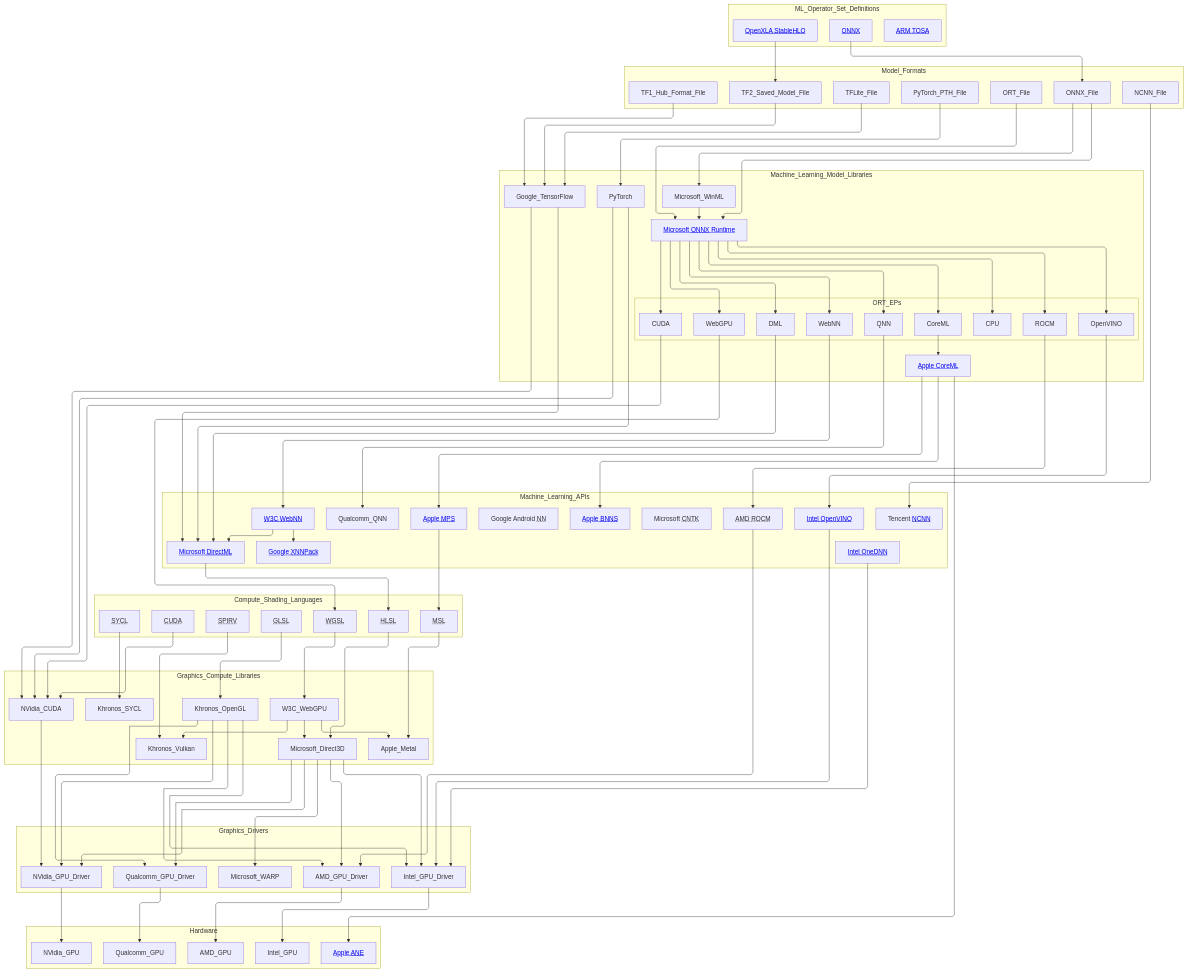
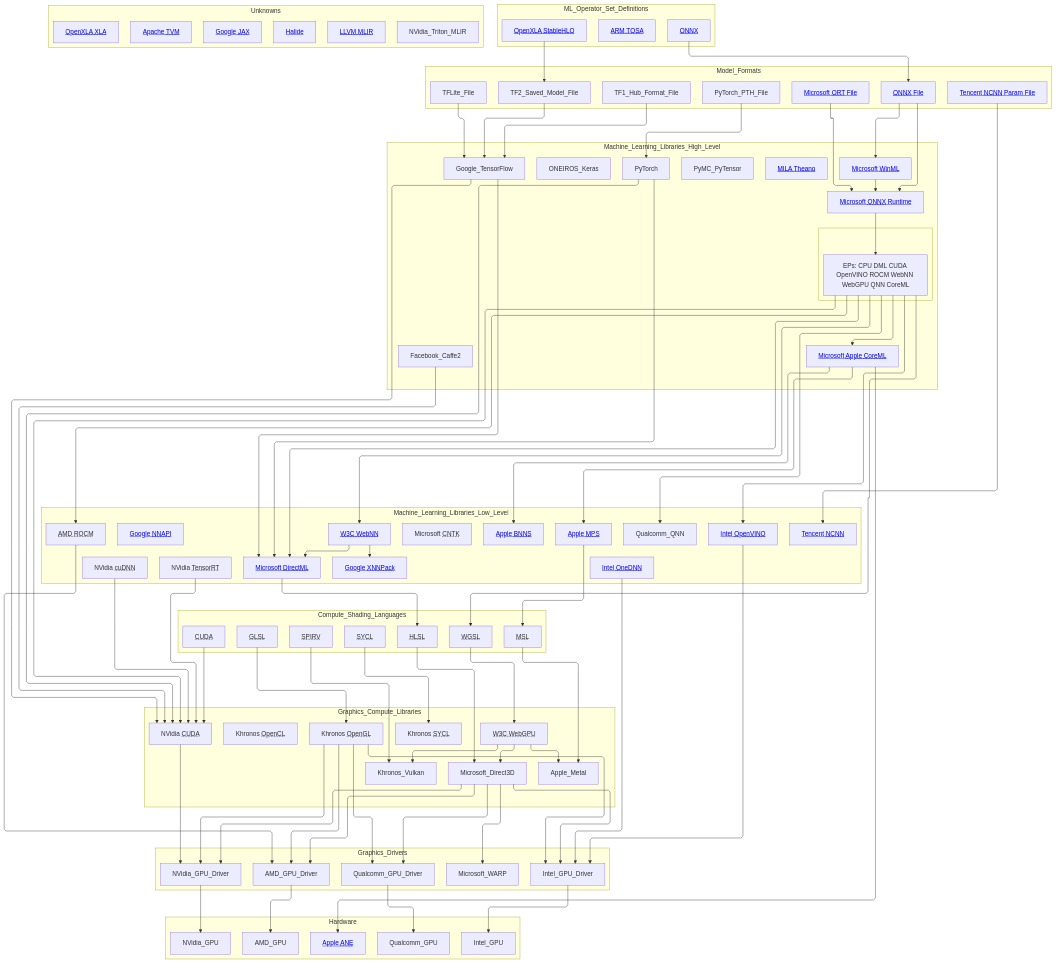
Before and after one commit to fdwr/MachineLearningOperators: the diagram in MachineLearningEcosystem.md, drawn with Mermaid. The commit also changed other lines of this file, not shown here.

Commit message:
Add more acronyms

```diff
--- a/MachineLearningEcosystem.md
+++ b/MachineLearningEcosystem.md
@@ -5,8 +5,8 @@
 flowchart-elk TB
     subgraph ML_Operator_Set_Definitions
         ONNX[<a href='https://onnx.ai/onnx/operators/index.html'><abbr title='Open Neural Network Exchange'>ONNX</abbr></a>]
-        ARM_TOSA[<a href='https://www.mlplatform.org/tosa/tosa_spec.html'><abbr title='Tensor Operator Set Architecture'>ARM TOSA</abbr></a>]
-        OpenXLA_Stable_HLO[<a href='https://github.com/openxla/stablehlo/blob/main/docs/spec.md'><abbr title='OpenXLA Stable High Level Optimizer'>OpenXLA StableHLO</abbr></a>]
+        ARM_TOSA[<a href='https://www.mlplatform.org/tosa/tosa_spec.html'><abbr title='Advanced RISC Machines Tensor Operator Set Architecture'>ARM TOSA</abbr></a>]
+        OpenXLA_Stable_HLO[<a href='https://github.com/openxla/stablehlo/blob/main/docs/spec.md'><abbr title='Open Accelerated Linear Algebra Stable High Level Optimizer'>OpenXLA StableHLO</abbr></a>]
     end
 
     subgraph Model_Formats
@@ -14,43 +14,41 @@
         TF1_Hub_Format_File
         TFLite_File
         PyTorch_PTH_File
-        ONNX_File
-        ORT_File
-        NCNN_File
+        ONNX_File[<a href='https://onnx.ai/onnx/operators/index.html'><abbr title='Open Neural Network Exchange'>ONNX</abbr> File</a>]
+        ORT_File[<a href='https://onnxruntime.ai/docs/performance/model-optimizations/ort-format-models.html'>Microsoft <abbr title='Open Neural Network Exchange Runtime'>ORT</abbr> File</a>]
+        NCNN_Param_File[<a href='https://github.com/Tencent/ncnn/wiki/param-and-model-file-structure'>Tencent <abbr title='Next/New/Naive/Neon Convolutional Neural Network'>NCNN</abbr> Param File</a>]
     end
 
-    subgraph Machine_Learning_Model_Libraries
-        Microsoft_WinML
+    subgraph Machine_Learning_Libraries_High_Level
+        Microsoft_WinML[<a href='https://learn.microsoft.com/en-us/windows/ai/windows-ml/'>Microsoft <abbr title='Windows Machine Learning'>WinML</abbr></a>]
         Microsoft_ONNX_Runtime[<a href='https://github.com/microsoft/onnxruntime'>Microsoft <abbr title='Open Neural Network Exchange'>ONNX</abbr> Runtime</a>]
         PyTorch
         Google_TensorFlow
-        Apple_CoreML[<a href='https://developer.apple.com/documentation/coreml'>Apple CoreML</a>]
-        subgraph ORT_EPs
-            ORT_CPU_EP[CPU]
-            ORT_DirectML_EP[DML]
-            ORT_CUDA_EP[CUDA]
-            ORT_OpenVINO_EP[OpenVINO]
-            ORT_ROCM_EP[ROCM]
-            ORT_WebNN_EP[WebNN]
-            ORT_WebGPU_EP[WebGPU]
-            ORT_QNN_EP[QNN]
-            ORT_CoreML_EP[CoreML]
+        Apple_CoreML[<a href='https://developer.apple.com/documentation/coreml'>Microsoft <abbr title='Apple Core Machine Learning'>Apple CoreML</abbr></a>]
+        subgraph ORT_EP_subgraph[ ]
+            ORT_EPs[EPs: CPU DML CUDA OpenVINO ROCM WebNN WebGPU QNN CoreML]
         end
+        ONEIROS_Keras
+        Facebook_Caffe2
+        MILA_Theano[<a href='https://github.com/Theano/Theano'><abbr title='Montreal Institute for Learning Algorithms Theano'>MILA Theano</abbr></a>]
+        PyMC_PyTensor
     end
 
-    subgraph Machine_Learning_APIs
-        Microsoft_DirectML[<a href="https://learn.microsoft.com/en-us/windows/ai/directml/dml-intro">Microsoft <abbr title='Direct Machine Learning'>DirectML</abbr></a>]
-        Intel_OpenVINO[<a href='https://www.intel.com/content/www/us/en/developer/tools/openvino-toolkit/overview.html'><abbr title='Intel Open Visual Inference and Neural Network Optimization'>Intel OpenVINO</abbr></a>]
-        Intel_OneDNN[<a href='https://oneapi-src.github.io/oneDNN/'><abbr title='Intel One Deep Neural Network library'>Intel OneDNN</abbr></a>]
+    subgraph Machine_Learning_Libraries_Low_Level
+        Microsoft_DirectML[<a href='https://learn.microsoft.com/en-us/windows/ai/directml/dml-intro'>Microsoft <abbr title='Direct Machine Learning'>DirectML</abbr></a>]
+        Intel_OpenVINO[<a href='https://www.intel.com/content/www/us/en/developer/tools/openvino-toolkit/overview.html'>Intel <abbr title='Open Visual Inference and Neural Network Optimization'>OpenVINO</abbr></a>]
+        Intel_OneDNN[<a href='https://oneapi-src.github.io/oneDNN/'>Intel <abbr title='One Deep Neural Network library'>OneDNN</abbr></a>]
         AMD_ROCM[<abbr title='Advanced Micro Devices Radeon Open Compute Platform'>AMD ROCM</abbr>]
         Google_XNNPack[<a href='https://github.com/google/XNNPACK/blob/master/include/xnnpack.h'>Google <abbr title='X Neural Network Package'>XNNPack</abbr></a>]
         Apple_MPS[<a href='https://developer.apple.com/documentation/metalperformanceshadersgraph/mpsgraph'>Apple <abbr title='Metal Performance Shaders'>MPS</abbr></a>]
         Apple_BNNS[<a href='https://developer.apple.com/documentation/accelerate/bnns'>Apple <abbr title='Basic Neural Network Subroutines'>BNNS</abbr></a>]
-        Android_NN[Google Android <abbr title='Neural Network'>NN</abbr>]
+        Google_NNAPI[<a href='https://developer.android.com/ndk/guides/neuralnetworks'>Google <abbr title='Android Neural Network API'>NNAPI</abbr></a>]
         Qualcomm_QNN
+        NVidia_cuDNN[NVidia <abbr title='CUDA Deep Neural Network'>cuDNN</abbr>]
         Microsoft_CNTK[Microsoft <abbr title='Cognitive Tooklit'>CNTK</abbr>]
-        Tencent_NCNN[Tencent <abbr title='Next/New/Naive/Neon Convolutional Neural Network'><a href='https://github.com/Tencent/ncnn/wiki#faq'>NCNN</a></abbr>]
-        W3C_WebNN[<a href="https://www.w3.org/TR/webnn/"><abbr title='World Wide Web Web Neural Network'>W3C WebNN</abbr></a>]
+        Tencent_NCNN[<a href='https://github.com/Tencent/ncnn/wiki#faq'>Tencent <abbr title='Next/New/Naive/Neon Convolutional Neural Network'>NCNN</abbr></a>]
+        W3C_WebNN[<a href='https://www.w3.org/TR/webnn/'><abbr title='World Wide Web, Web Neural Network'>W3C WebNN</abbr></a>]
+        NVidia_TensorRT[NVidia <abbr title='Tensor Runtime'>TensorRT</abbr>]
     end
 
     subgraph Compute_Shading_Languages
@@ -64,13 +62,14 @@
     end
 
     subgraph Graphics_Compute_Libraries
-        W3C_WebGPU
+        W3C_WebGPU[<abbr title='World Wide Web, Web Graphics Processing Unit'>W3C WebGPU</abbr>]
         Microsoft_Direct3D
-        Khronos_OpenGL
+        Khronos_OpenGL[Khronos <abbr title='Open Graphics Library'>OpenGL</abbr>]
         Khronos_Vulkan
-        Khronos_SYCL
+        Khronos_SYCL[Khronos <abbr title='SYstem-wide Compute Language'>SYCL</abbr>]
+        Khronos_OpenCL[Khronos <abbr title='Open Computing Language'>OpenCL</abbr>]
         Apple_Metal
-        NVidia_CUDA
+        NVidia_CUDA[NVidia <abbr title='Compute Unified Device Architecture'>CUDA</abbr>]
     end
 
     subgraph Graphics_Drivers
@@ -89,9 +88,18 @@
         Intel_GPU
     end
 
+    subgraph Unknowns
+        Apache_TVM[<a href='https://tvm.apache.org/docs/'>Apache <abbr title='Tensor Virtual Machine'>TVM</abbr></a>]
+        Halide[<a href='https://halide-lang.org/'>Halide</a>]
+        OpenXLA_XLA[<a href='https://github.com/openxla/xla'><abbr title='Open Accelerated Linear Algebra'>OpenXLA XLA</abbr></a>]
+        LLVM_MLIR[<a href='https://mlir.llvm.org/'><abbr title='Low Level Virtual Machine Multi-level Intermediate Representation'>LLVM MLIR</abbr></a>]
+        NVidia_Triton_MLIR
+        Google_JAX[<a href='https://jax.readthedocs.io/en/latest/'>Google <abbr title='Just After Execution'>JAX</abbr></a>]
+    end
+
     ONNX --> ONNX_File
     OpenXLA_Stable_HLO --> TF2_Saved_Model_File
-    NCNN_File --> Tencent_NCNN
+    NCNN_Param_File --> Tencent_NCNN
 
     ONNX_File --> Microsoft_ONNX_Runtime
     ONNX_File --> Microsoft_WinML
@@ -102,23 +110,16 @@
     TF2_Saved_Model_File --> Google_TensorFlow
 
     Microsoft_WinML --> Microsoft_ONNX_Runtime
-    Microsoft_ONNX_Runtime --> ORT_CPU_EP
-    Microsoft_ONNX_Runtime --> ORT_DirectML_EP
-    Microsoft_ONNX_Runtime --> ORT_CUDA_EP
-    Microsoft_ONNX_Runtime --> ORT_WebNN_EP
-    Microsoft_ONNX_Runtime --> ORT_WebGPU_EP
-    Microsoft_ONNX_Runtime --> ORT_OpenVINO_EP
-    Microsoft_ONNX_Runtime --> ORT_ROCM_EP
-    Microsoft_ONNX_Runtime --> ORT_QNN_EP
-    Microsoft_ONNX_Runtime --> ORT_CoreML_EP
+    Microsoft_ONNX_Runtime --> ORT_EPs
 
-    ORT_DirectML_EP --> Microsoft_DirectML
-    ORT_CUDA_EP --> NVidia_CUDA
-    ORT_OpenVINO_EP --> Intel_OpenVINO
-    ORT_ROCM_EP --> AMD_ROCM
-    ORT_WebNN_EP --> W3C_WebNN
-    ORT_WebGPU_EP --> WGSL
-    ORT_CoreML_EP --> Apple_CoreML
+    ORT_EPs --> Microsoft_DirectML
+    ORT_EPs --> NVidia_CUDA
+    ORT_EPs --> Intel_OpenVINO
+    ORT_EPs --> AMD_ROCM
+    ORT_EPs --> W3C_WebNN
+    ORT_EPs --> WGSL
+    ORT_EPs --> Apple_CoreML
+    ORT_EPs --> Qualcomm_QNN
 
     Microsoft_DirectML --> HLSL
     W3C_WebNN --> Microsoft_DirectML
@@ -141,6 +142,9 @@
     Google_TensorFlow --> NVidia_CUDA
     PyTorch --> Microsoft_DirectML
     Google_TensorFlow --> Microsoft_DirectML
+    NVidia_TensorRT --> NVidia_CUDA
+    NVidia_cuDNN --> NVidia_CUDA
+    Facebook_Caffe2 --> NVidia_CUDA
 
     Microsoft_Direct3D --> NVidia_GPU_Driver
     Microsoft_Direct3D --> AMD_GPU_Driver
@@ -156,7 +160,6 @@
     AMD_ROCM --> AMD_GPU_Driver
     Intel_OpenVINO --> Intel_GPU_Driver
     Intel_OneDNN --> Intel_GPU_Driver
-    ORT_QNN_EP --> Qualcomm_QNN
 
     NVidia_GPU_Driver --> NVidia_GPU
     AMD_GPU_Driver --> AMD_GPU
```
